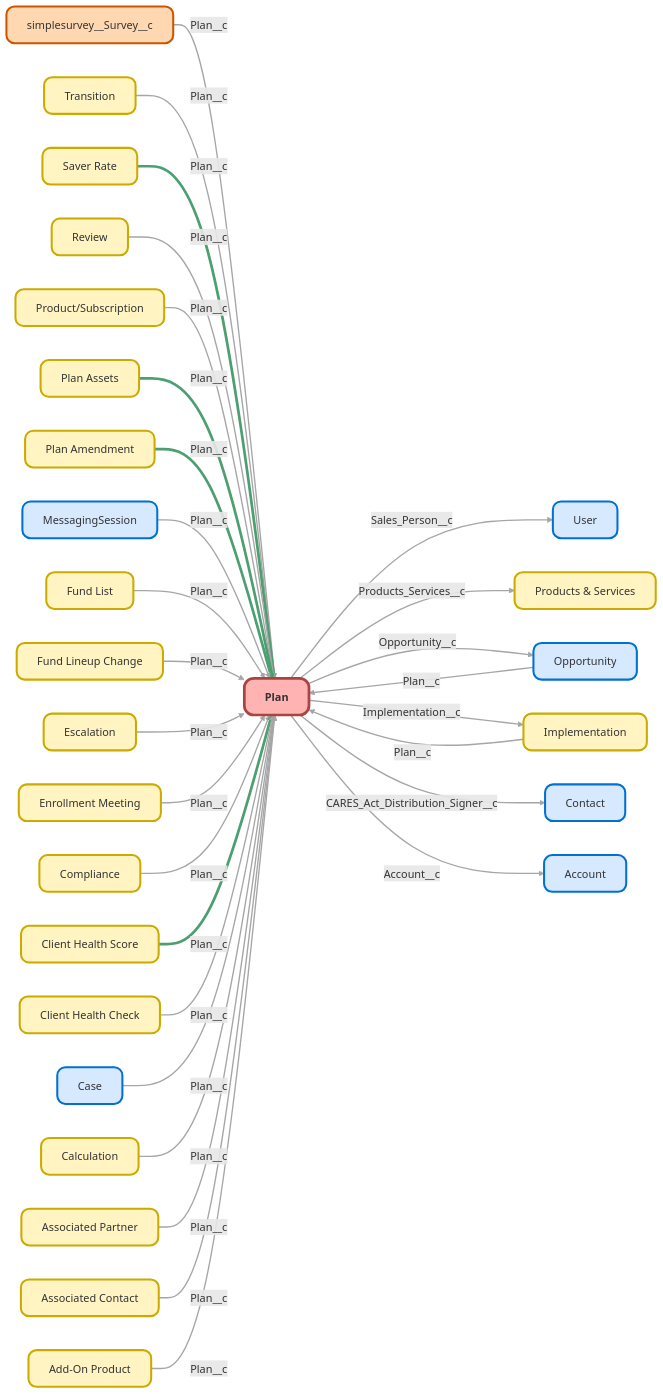
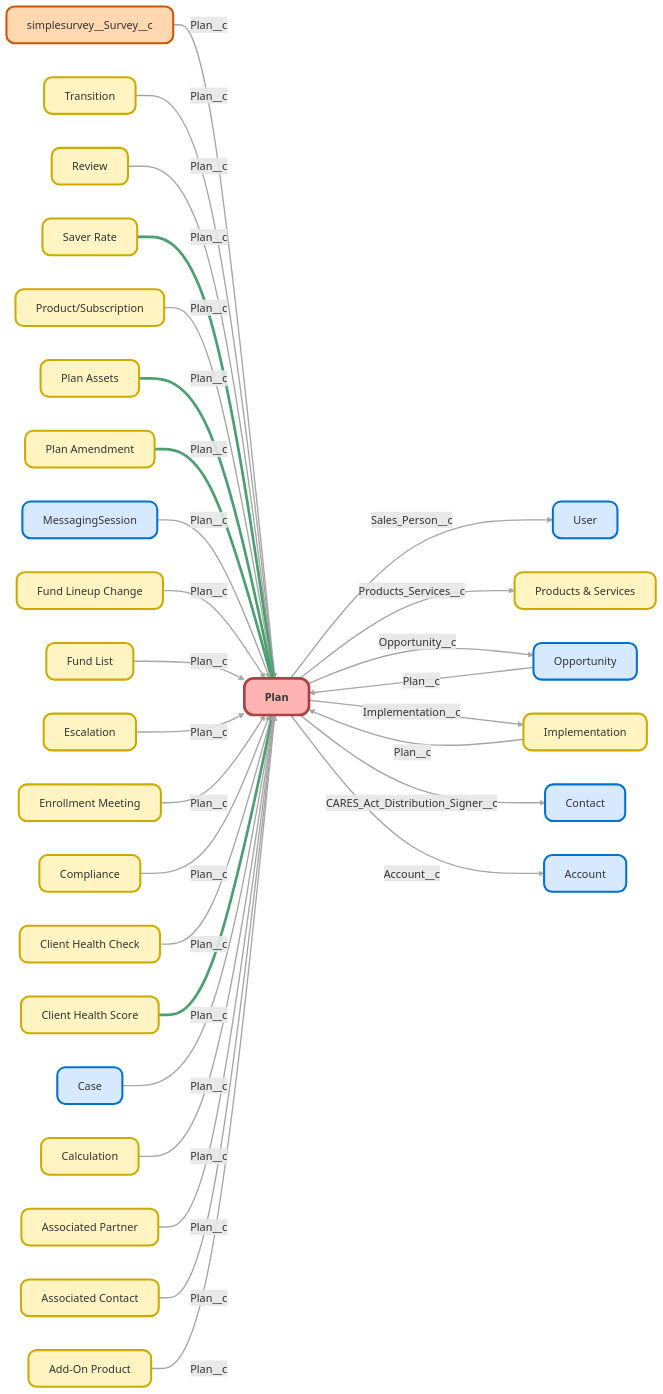
Before and after one commit to moechapa/ubiquity-org-monitoring: the diagram in docs/objects/Plan__c.md, drawn with Mermaid. The commit also changed 1296 other files, not shown here.

````diff
--- a/docs/objects/Plan__c.md
+++ b/docs/objects/Plan__c.md
@@ -17,20 +17,20 @@
 click User "/objects/User/"
 Transition__c["Transition"]:::customObject
 click Transition__c "/objects/Transition__c/"
+Reviews__c["Review"]:::customObject
+click Reviews__c "/objects/Reviews__c/"
 Saver_Rate__c["Saver Rate"]:::customObject
 click Saver_Rate__c "/objects/Saver_Rate__c/"
-Reviews__c["Review"]:::customObject
-click Reviews__c "/objects/Reviews__c/"
 Products_Services__c["Products & Services"]:::customObject
 click Products_Services__c "/objects/Products_Services__c/"
 Product_Subscription__c["Product/Subscription"]:::customObject
 click Product_Subscription__c "/objects/Product_Subscription__c/"
 Plan__c["Plan"]:::mainObject
 click Plan__c "/objects/Plan__c/"
+Plan_Amendment__c["Plan Amendment"]:::customObject
+click Plan_Amendment__c "/objects/Plan_Amendment__c/"
 Plan_Assets__c["Plan Assets"]:::customObject
 click Plan_Assets__c "/objects/Plan_Assets__c/"
-Plan_Amendment__c["Plan Amendment"]:::customObject
-click Plan_Amendment__c "/objects/Plan_Amendment__c/"
 Opportunity["Opportunity"]:::object
 click Opportunity "/objects/Opportunity/"
 MessagingSession["MessagingSession"]:::object
@@ -68,27 +68,27 @@
 
 simplesurvey__Survey__c -->|Plan__c| Plan__c
 Transition__c -->|Plan__c| Plan__c
+Reviews__c -->|Plan__c| Plan__c
 Saver_Rate__c ==>|Plan__c| Plan__c
-Reviews__c -->|Plan__c| Plan__c
 Product_Subscription__c -->|Plan__c| Plan__c
 Plan_Assets__c ==>|Plan__c| Plan__c
-Plan_Amendment__c ==>|Plan__c| Plan__c
 Plan__c -->|Sales_Person__c| User
 Plan__c -->|Products_Services__c| Products_Services__c
 Plan__c -->|Opportunity__c| Opportunity
 Plan__c -->|Implementation__c| Implementation__c
 Plan__c -->|CARES_Act_Distribution_Signer__c| Contact
 Plan__c -->|Account__c| Account
+Plan_Amendment__c ==>|Plan__c| Plan__c
 Opportunity -->|Plan__c| Plan__c
 MessagingSession -->|Plan__c| Plan__c
 Implementation__c -->|Plan__c| Plan__c
+Fund_Lineup_Change__c -->|Plan__c| Plan__c
 Fund_List__c -->|Plan__c| Plan__c
-Fund_Lineup_Change__c -->|Plan__c| Plan__c
 Escalation__c -->|Plan__c| Plan__c
 Enrollment_Meeting__c -->|Plan__c| Plan__c
 Compliance__c -->|Plan__c| Plan__c
+Client_Health_Check__c -->|Plan__c| Plan__c
 Client_Health_Score__c ==>|Plan__c| Plan__c
-Client_Health_Check__c -->|Plan__c| Plan__c
 Case -->|Plan__c| Plan__c
 Calculation__c -->|Plan__c| Plan__c
 Associated_Partner__c -->|Plan__c| Plan__c
@@ -99,7 +99,7 @@
 classDef customObject fill:#FFF4C2,stroke:#CCAA00,stroke-width:3px,rx:12px,ry:12px,shadow:drop,color:#333;
 classDef customObjectManaged fill:#FFD8B2,stroke:#CC5500,stroke-width:3px,rx:12px,ry:12px,shadow:drop,color:#333;
 classDef mainObject fill:#FFB3B3,stroke:#A94442,stroke-width:4px,rx:14px,ry:14px,shadow:drop,color:#333,font-weight:bold;
-linkStyle 2,5,6,21 stroke:#4C9F70,stroke-width:4px;
-linkStyle 0,1,3,4,7,8,9,10,11,12,13,14,15,16,17,18,19,20,22,23,24,25,26,27 stroke:#A6A6A6,stroke-width:2px;
+linkStyle 3,5,12,22 stroke:#4C9F70,stroke-width:4px;
+linkStyle 0,1,2,4,6,7,8,9,10,11,13,14,15,16,17,18,19,20,21,23,24,25,26,27 stroke:#A6A6A6,stroke-width:2px;
 
 ```
````
